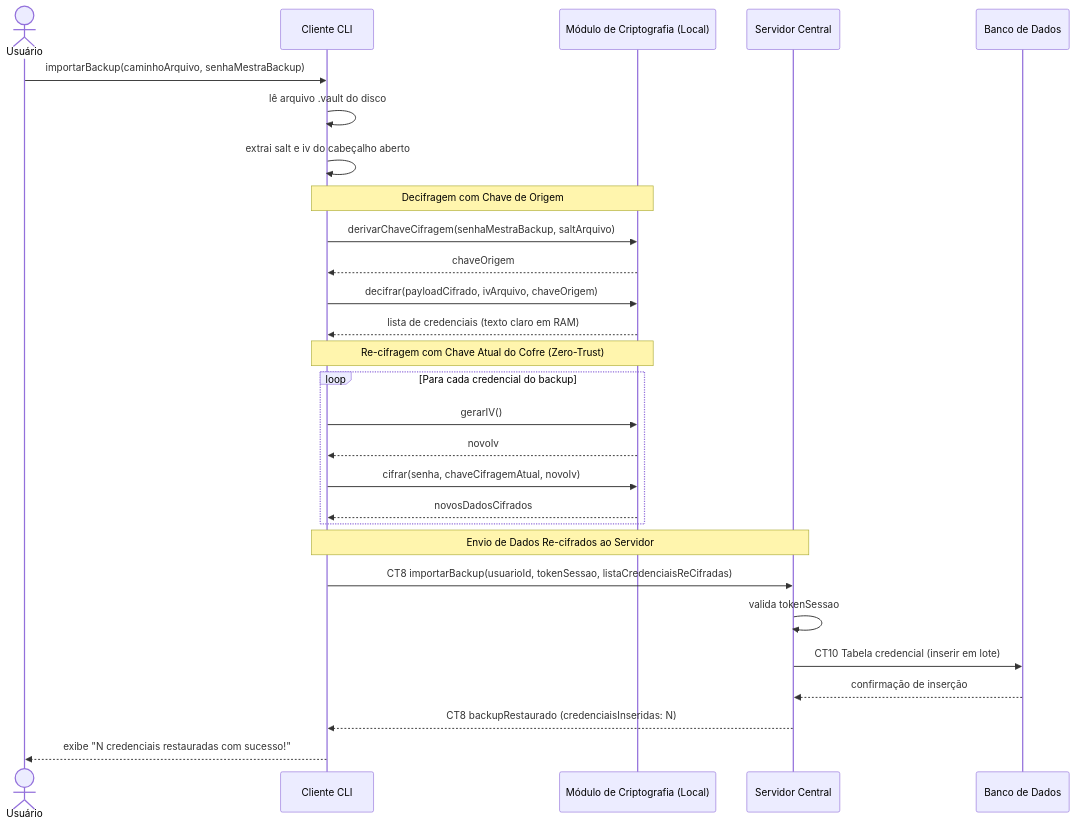
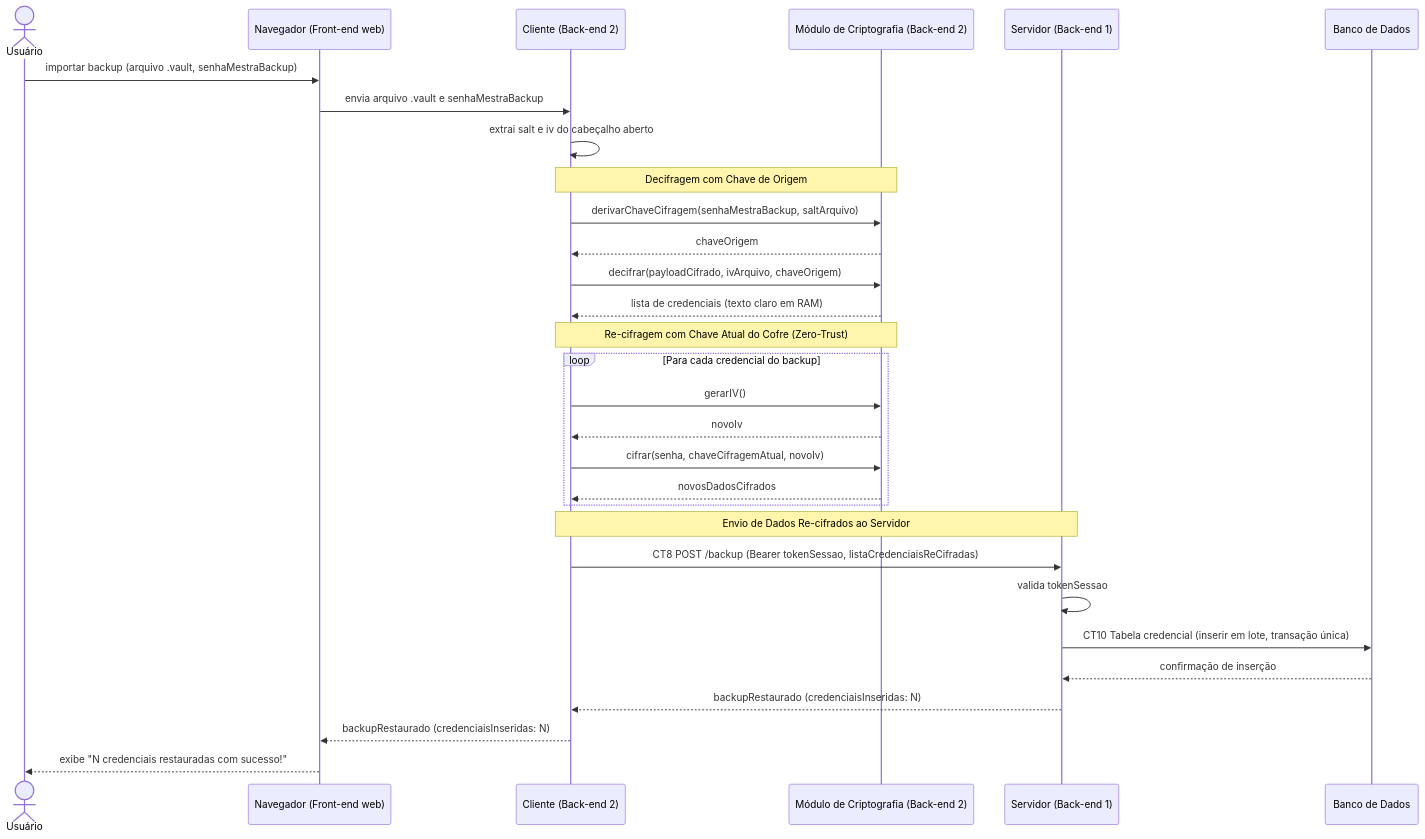
One commit to egili/pi4-0101-g6-frontend changed the diagram in docs/fluxos/E9-restauracao-backup.md. Above: the diagram before and after it, drawn with Mermaid. The commit also changed other lines of this file and 8 other files, not shown here.

First line of the commit message:
Docs: fluxos E1-E9 em web e REST (sem CLI nem socket)

````diff
--- a/docs/fluxos/E9-restauracao-backup.md
+++ b/docs/fluxos/E9-restauracao-backup.md
@@ -38,34 +38,36 @@
 ```mermaid
 sequenceDiagram
     actor U as Usuário
-    participant C as Cliente CLI
-    participant CM as Módulo de Criptografia (Local)
-    participant S as Servidor Central
+    participant N as Navegador (Front-end web)
+    participant C as Cliente (Back-end 2)
+    participant CM as Módulo de Criptografia (Back-end 2)
+    participant S as Servidor (Back-end 1)
     participant DB as Banco de Dados
 
-    U->>C: importarBackup(caminhoArquivo, senhaMestraBackup)
-    C->>C: lê arquivo .vault do disco
+    U->>N: importar backup (arquivo .vault, senhaMestraBackup)
+    N->>C: envia arquivo .vault e senhaMestraBackup
     C->>C: extrai salt e iv do cabeçalho aberto
 
     Note over C,CM: Decifragem com Chave de Origem
     C->>CM: derivarChaveCifragem(senhaMestraBackup, saltArquivo)
     CM-->>C: chaveOrigem
     C->>CM: decifrar(payloadCifrado, ivArquivo, chaveOrigem)
     CM-->>C: lista de credenciais (texto claro em RAM)
 
     Note over C,CM: Re-cifragem com Chave Atual do Cofre (Zero-Trust)
     loop Para cada credencial do backup
         C->>CM: gerarIV()
         CM-->>C: novoIv
         C->>CM: cifrar(senha, chaveCifragemAtual, novoIv)
         CM-->>C: novosDadosCifrados
     end
 
     Note over C,S: Envio de Dados Re-cifrados ao Servidor
-    C->>S: CT8 importarBackup(usuarioId, tokenSessao, listaCredenciaisReCifradas)
+    C->>S: CT8 POST /backup (Bearer tokenSessao, listaCredenciaisReCifradas)
     S->>S: valida tokenSessao
-    S->>DB: CT10 Tabela credencial (inserir em lote)
+    S->>DB: CT10 Tabela credencial (inserir em lote, transação única)
     DB-->>S: confirmação de inserção
-    S-->>C: CT8 backupRestaurado (credenciaisInseridas: N)
-    C-->>U: exibe "N credenciais restauradas com sucesso!"
+    S-->>C: backupRestaurado (credenciaisInseridas: N)
+    C-->>N: backupRestaurado (credenciaisInseridas: N)
+    N-->>U: exibe "N credenciais restauradas com sucesso!"
 ```
````
